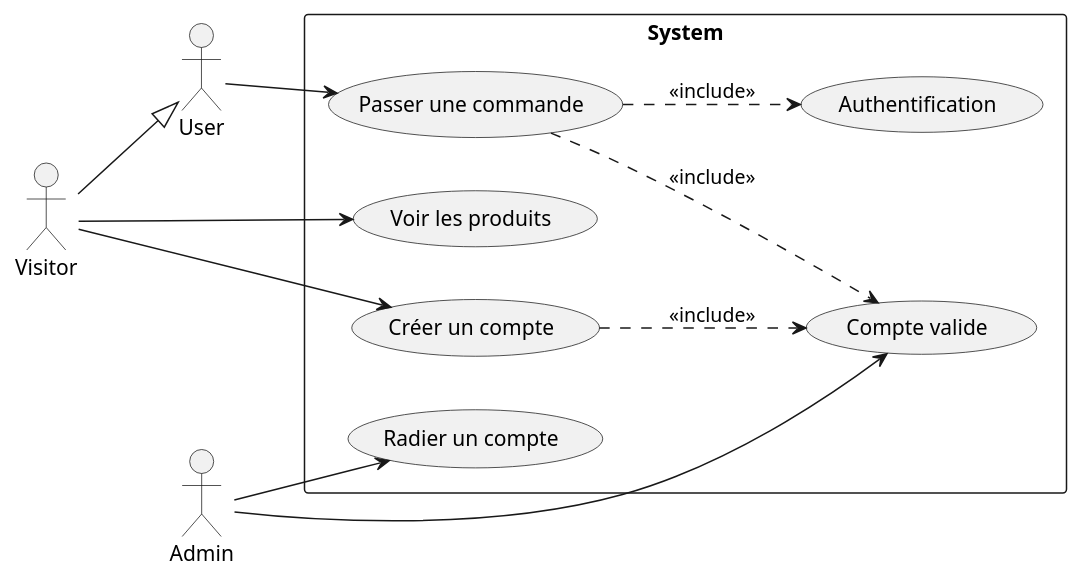
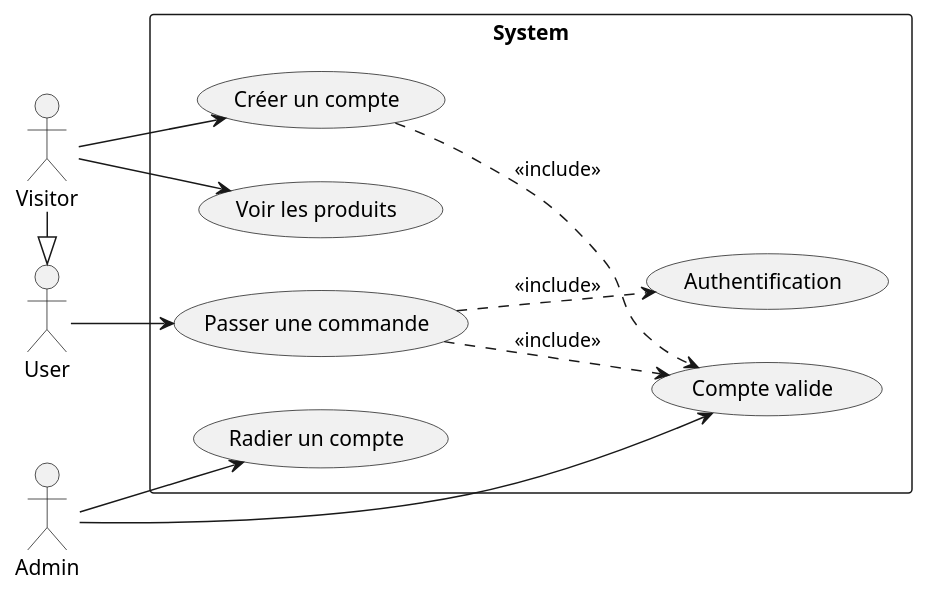
One commit to MehediT/BoutiqueLigneAudiovisuels changed the diagram in UseCase/AccountCreationUseCase.puml. Above: the diagram before and after it, drawn with PlantUML. The commit also changed 1 other file, not shown here.

```diff
--- a/UseCase/AccountCreationUseCase.puml
+++ b/UseCase/AccountCreationUseCase.puml
@@ -1,32 +1,33 @@
 @startuml
 
 left to right direction
 
 actor "Visitor" as Visitor
 actor "User" as User
 actor "Admin" as Admin
 rectangle "System" as System {
     usecase "Voir les produits" as UC_ViewProducts
     usecase "Passer une commande" as UC_PlaceOrder
     usecase "Créer un compte" as UC_CreateAccount
     usecase "Compte valide" as UC_ValidateAccount
     usecase "Radier un compte" as UC_DeleteAccount
     usecase "Authentification" as UC_Authenticate
 }
 
-Visitor --|> User
+Visitor -|> User
+
+Visitor --> UC_ViewProducts
 Visitor --> UC_CreateAccount
-Visitor --> UC_ViewProducts
 
 
 User --> UC_PlaceOrder
 
 
 Admin --> UC_ValidateAccount
 Admin --> UC_DeleteAccount
 
 UC_PlaceOrder ..> UC_Authenticate :<<include>>
 UC_CreateAccount ..> UC_ValidateAccount :<<include>>
 UC_PlaceOrder ..> UC_ValidateAccount :<<include>>
 
 @enduml
```
